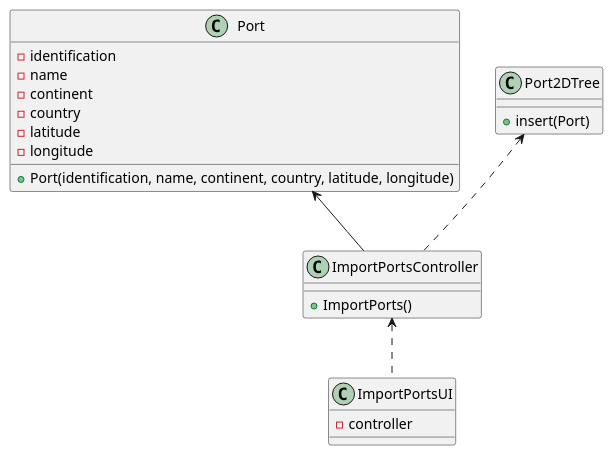
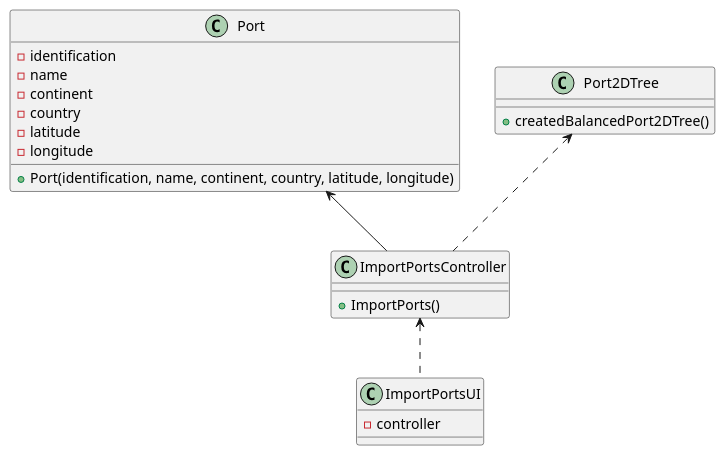
Before and after one commit to 1190772/LAB-Project-3: the diagram in docs/Sprint 2/US/US201/US201_CD.puml, drawn with PlantUML. The commit also changed 6 other files, not shown here.

Commit message:
Atualização do Class Diagram.

```diff
--- a/docs/Sprint 2/US/US201/US201_CD.puml
+++ b/docs/Sprint 2/US/US201/US201_CD.puml
@@ -1,30 +1,30 @@
 @startuml
 'https://plantuml.com/class-diagram
 
 class ImportPortsUI {
 - controller
 }
 
 class ImportPortsController {
 + ImportPorts()
 }
 
 class Port {
 - identification
 - name
 - continent
 - country
 - latitude
 - longitude
 + Port(identification, name, continent, country, latitude, longitude)
 }
 
 class Port2DTree {
-+ insert(Port)
++ createdBalancedPort2DTree()
 }
 
 ImportPortsController <.. ImportPortsUI
 Port2DTree <.. ImportPortsController
 Port <-- ImportPortsController
 
 @enduml
```
